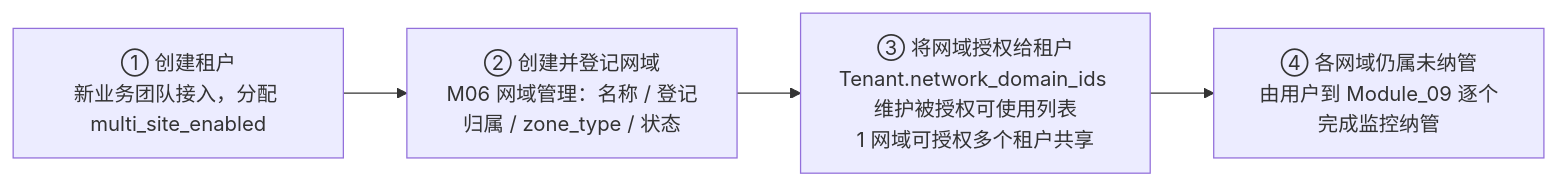
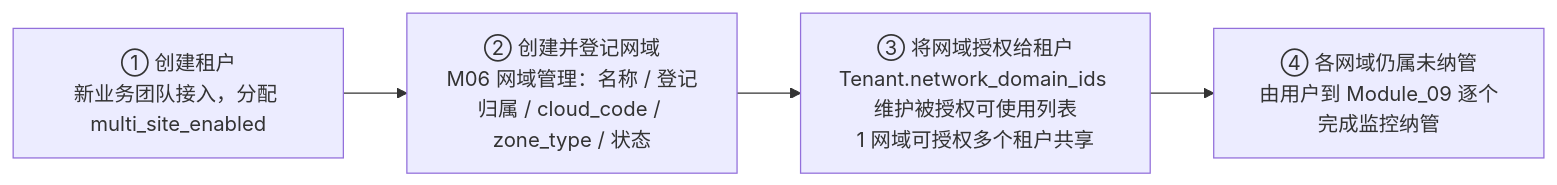
Before and after one commit to vickiechen1128/CNCF_Monitor: the second of 5 diagrams in docs/02-product-requirements/Modules/Module_06_Multi_Tenant.md, drawn with Mermaid. The commit also changed other lines of this file and 5 other files, not shown here.

Commit message:
docs(module-06): PRD v2.16→v2.18 cloud_code 配套收口（决策 78 补齐）；原型同步

````diff
--- a/docs/02-product-requirements/Modules/Module_06_Multi_Tenant.md
+++ b/docs/02-product-requirements/Modules/Module_06_Multi_Tenant.md
@@ -254,8 +254,8 @@
 ```mermaid
 flowchart LR
   A[① 创建租户<br/>新业务团队接入，分配 multi_site_enabled]
-  B[② 创建并登记网域<br/>M06 网域管理：名称 / 登记归属 / zone_type / 状态]
+  B[② 创建并登记网域<br/>M06 网域管理：名称 / 登记归属 / cloud_code / zone_type / 状态]
   C[③ 将网域授权给租户<br/>Tenant.network_domain_ids 维护被授权可使用列表<br/>1 网域可授权多个租户共享]
   D[④ 各网域仍属未纳管<br/>由用户到 Module_09 逐个完成监控纳管]
   A --> B --> C --> D
 ```
````
